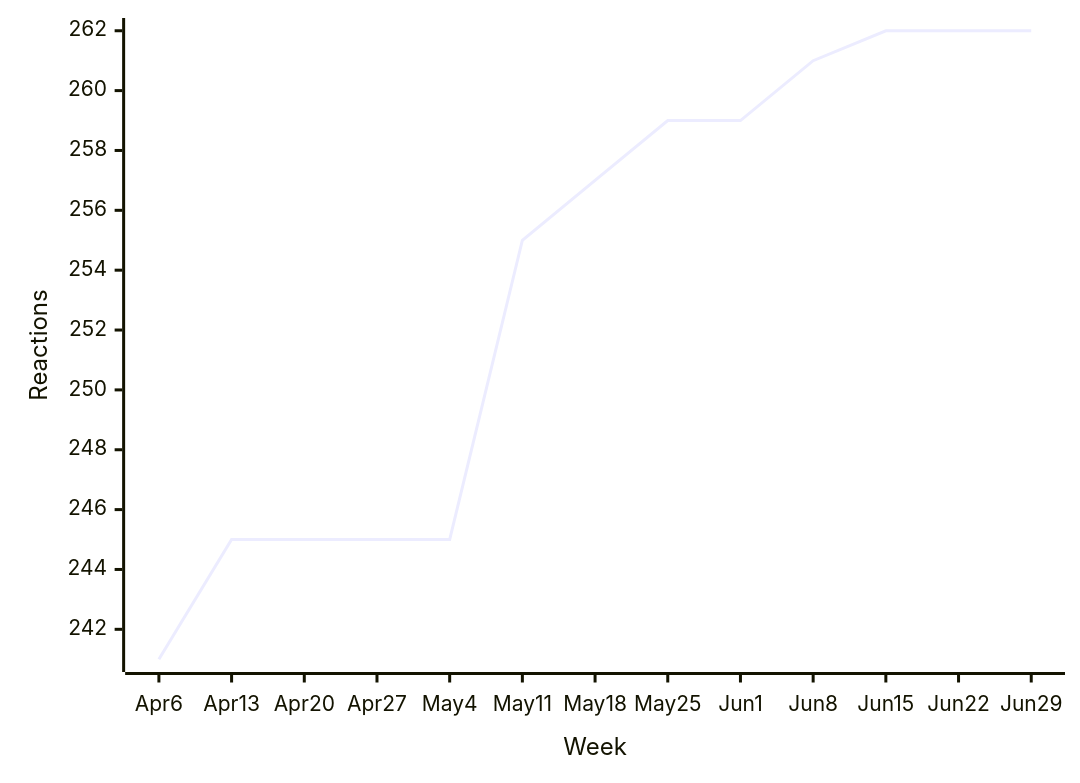
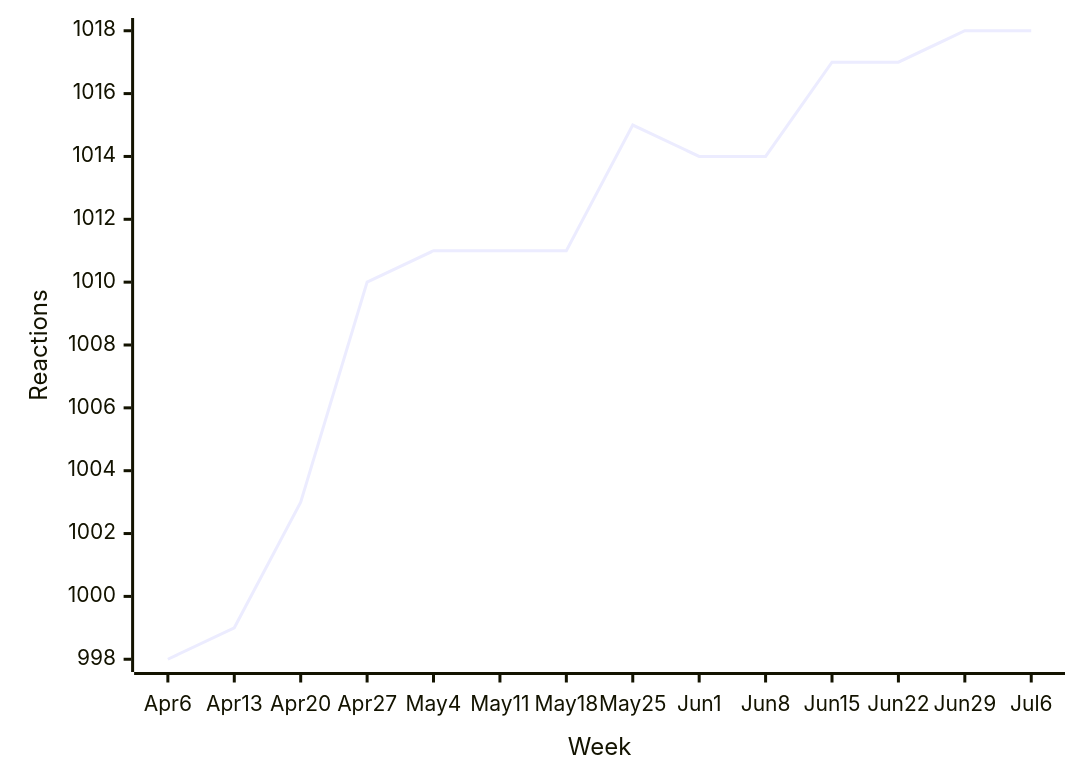
One commit to loic-sharma/github-insights changed the seventh of 48 diagrams in README.md. Above: the diagram before and after it, drawn with Mermaid. The commit also changed other lines of this file and 3 other files, not shown here.

````diff
--- a/README.md
+++ b/README.md
@@ -441,6 +441,6 @@
   ```mermaid
   xychart-beta
-    x-axis "Week" [Apr 6, Apr 13, Apr 20, Apr 27, May 4, May 11, May 18, May 25, Jun 1, Jun 8, Jun 15, Jun 22, Jun 29]
+    x-axis "Week" [Apr 6, Apr 13, Apr 20, Apr 27, May 4, May 11, May 18, May 25, Jun 1, Jun 8, Jun 15, Jun 22, Jun 29, Jul 6]
     y-axis "Reactions"
-    line [241, 245, 245, 245, 245, 255, 257, 259, 259, 261, 262, 262, 262]
+    line [998, 999, 1003, 1010, 1011, 1011, 1011, 1015, 1014, 1014, 1017, 1017, 1018, 1018]
   ```
````
